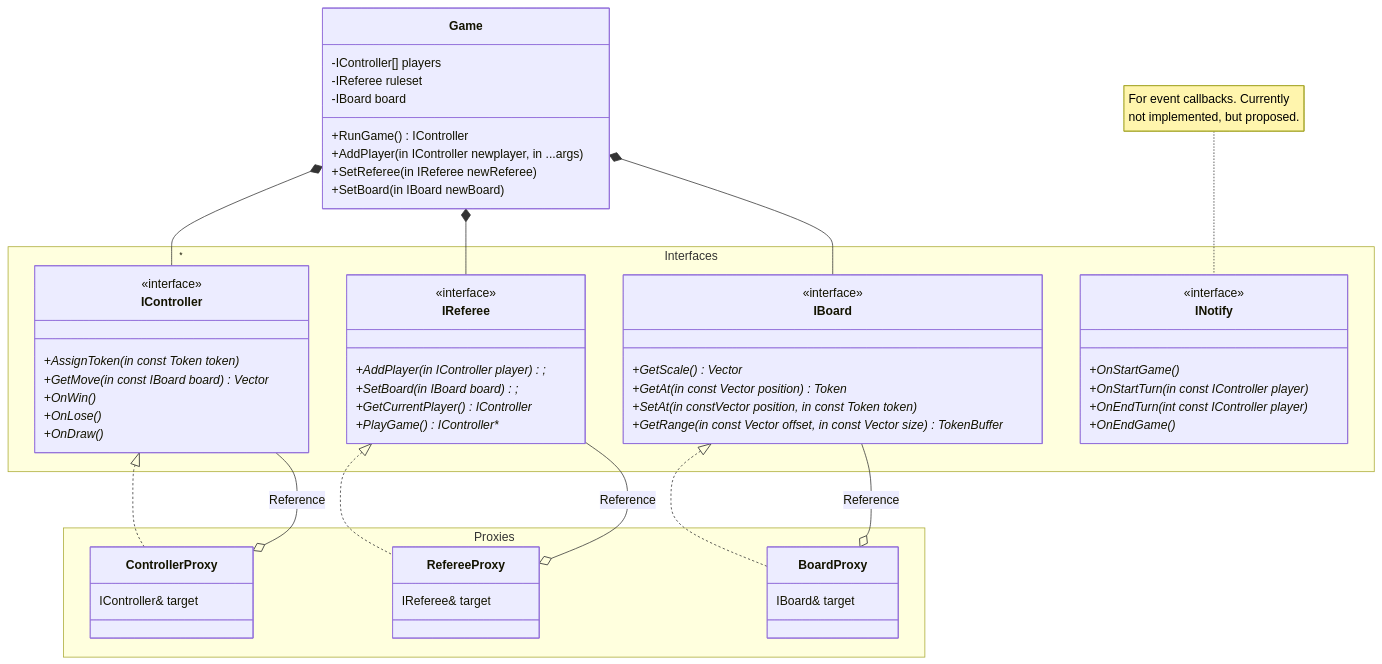
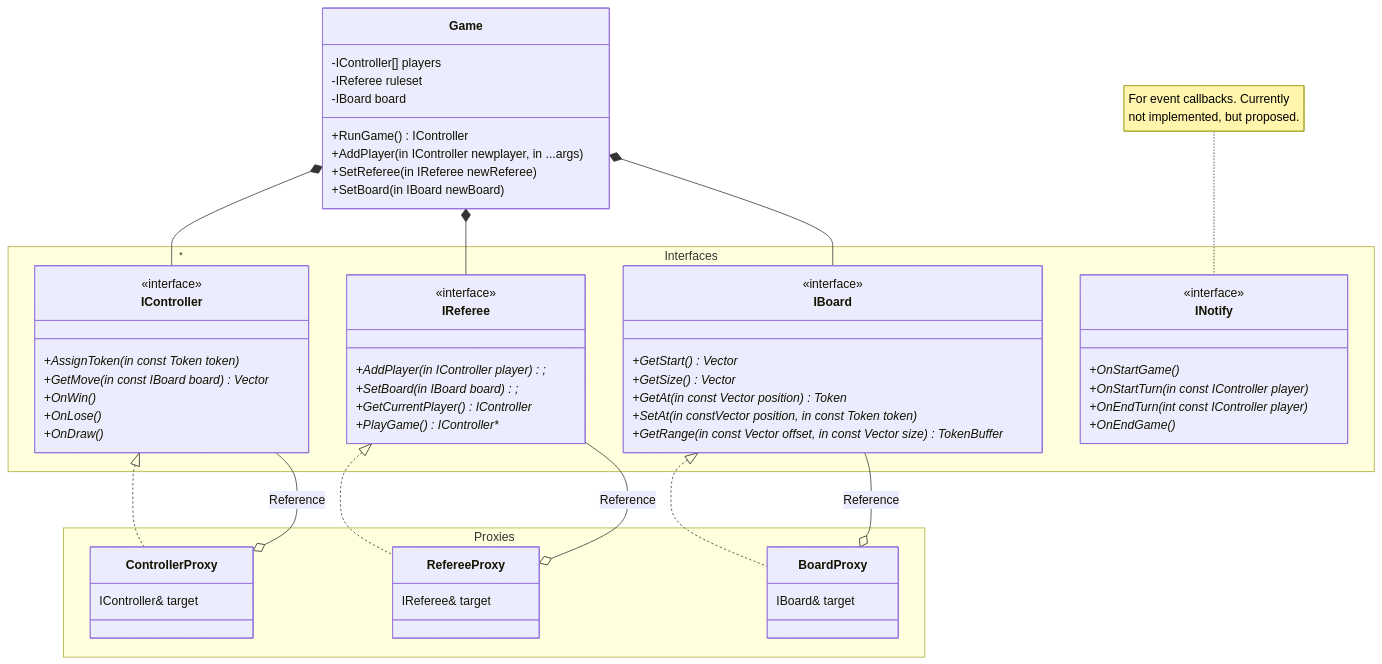
The first of 2 diagrams in docs/structure.md (Ultranerdguy/ConnectX), drawn with Mermaid before and after one commit. The commit also changed 23 other files, not shown here.

```diff
--- a/docs/structure.md
+++ b/docs/structure.md
@@ -37,7 +37,8 @@
 
 class IBoard {
   <<interface>>
-  +GetScale() Vector*
+  +GetStart() Vector*
+  +GetSize() Vector*
   +GetAt(in const Vector position) Token*
   +SetAt(in constVector position, in const Token token)*
   +GetRange(in const Vector offset, in const Vector size) TokenBuffer*
```
